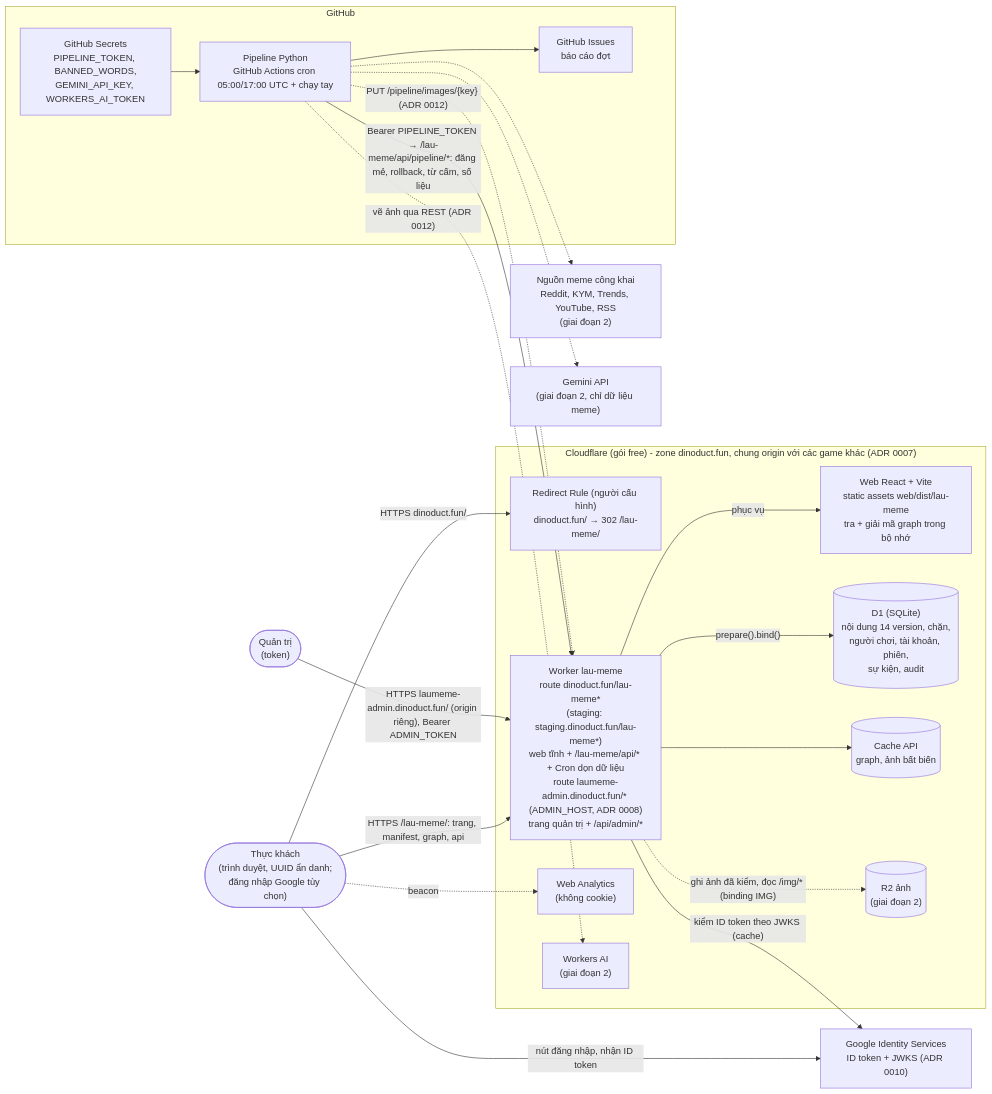
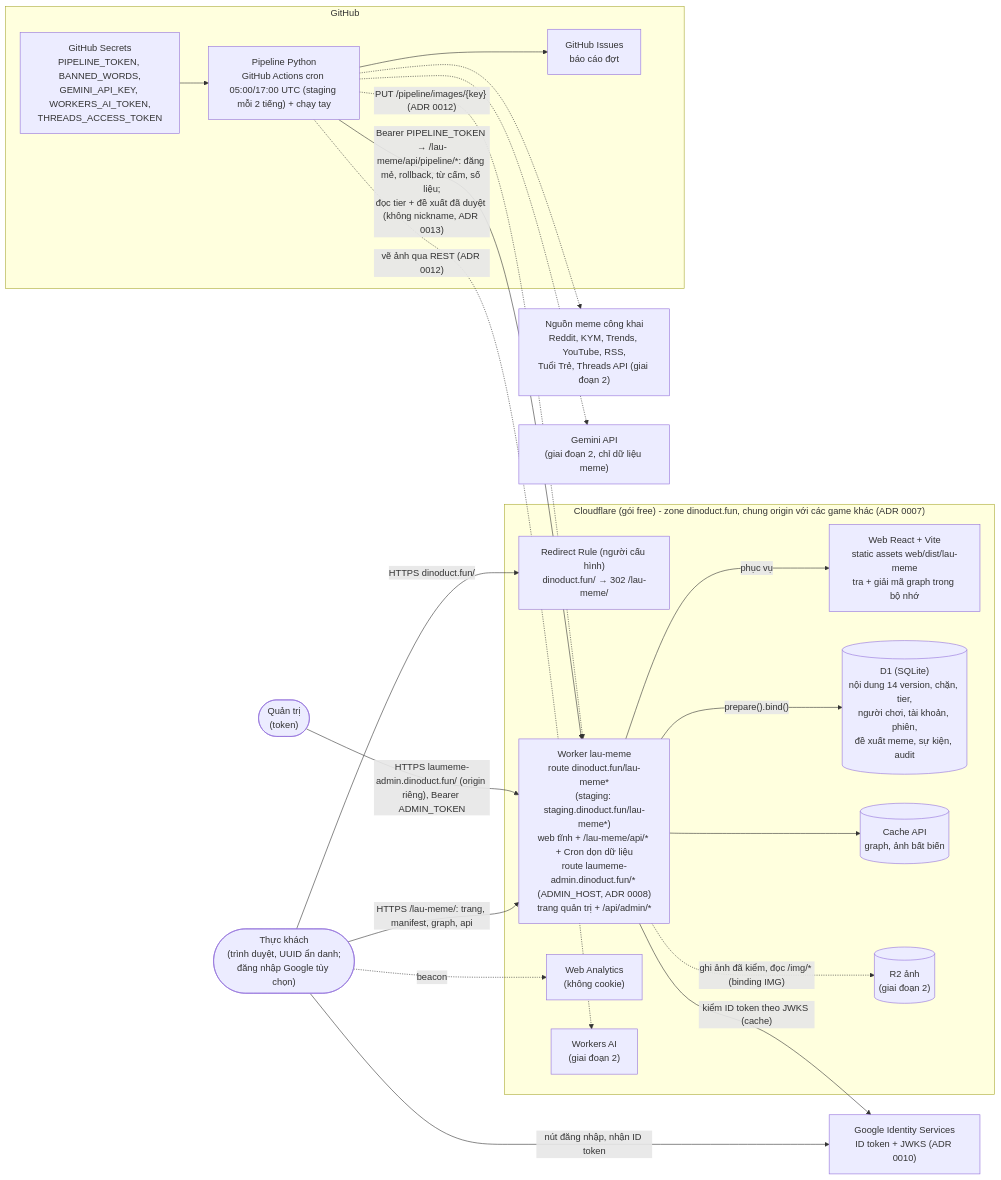
The diagram in docs/diagrams/system.mmd (thucnq/lau-meme), drawn with Mermaid before and after one commit. The commit also changed 5 other files, not shown here.

First line of the commit message:
design: CONTRIB và TIER (migration 0007: contribution, element_tier, admin_change, element.trend_peak, batch_content.creators_json); 9 endpoint mới, pipeline/state thêm catalog/tiers/contributions, manifest thêm schedule_hours_utc, thống kê crawl trong BatchStats; ADR 0013; câu hỏi mở 57

```diff
--- a/docs/diagrams/system.mmd
+++ b/docs/diagrams/system.mmd
@@ -1,43 +1,43 @@
 %% C4 container - Lẩu Meme (giai đoạn 1; nét đứt = giai đoạn 2)
 flowchart LR
   player(["Thực khách<br/>(trình duyệt, UUID ẩn danh;<br/>đăng nhập Google tùy chọn)"])
   admin(["Quản trị<br/>(token)"])
 
   subgraph cf["Cloudflare (gói free) - zone dinoduct.fun, chung origin với các game khác (ADR 0007)"]
     redirect["Redirect Rule (người cấu hình)<br/>dinoduct.fun/ → 302 /lau-meme/"]
     worker["Worker lau-meme<br/>route dinoduct.fun/lau-meme*<br/>(staging: staging.dinoduct.fun/lau-meme*)<br/>web tĩnh + /lau-meme/api/* + Cron dọn dữ liệu<br/>route laumeme-admin.dinoduct.fun/* (ADMIN_HOST, ADR 0008)<br/>trang quản trị + /api/admin/*"]
     web["Web React + Vite<br/>static assets web/dist/lau-meme<br/>tra + giải mã graph trong bộ nhớ"]
-    d1[("D1 (SQLite)<br/>nội dung 14 version, chặn,<br/>người chơi, tài khoản, phiên,<br/>sự kiện, audit")]
+    d1[("D1 (SQLite)<br/>nội dung 14 version, chặn, tier,<br/>người chơi, tài khoản, phiên,<br/>đề xuất meme, sự kiện, audit")]
     cache[("Cache API<br/>graph, ảnh bất biến")]
     wa["Web Analytics<br/>(không cookie)"]
     r2[("R2 ảnh<br/>(giai đoạn 2)")]
     wai["Workers AI<br/>(giai đoạn 2)"]
   end
 
   subgraph gh["GitHub"]
-    actions["Pipeline Python<br/>GitHub Actions cron 05:00/17:00 UTC + chạy tay"]
+    actions["Pipeline Python<br/>GitHub Actions cron 05:00/17:00 UTC (staging mỗi 2 tiếng) + chạy tay"]
     issues["GitHub Issues<br/>báo cáo đợt"]
-    secrets["GitHub Secrets<br/>PIPELINE_TOKEN, BANNED_WORDS,<br/>GEMINI_API_KEY, WORKERS_AI_TOKEN"]
+    secrets["GitHub Secrets<br/>PIPELINE_TOKEN, BANNED_WORDS,<br/>GEMINI_API_KEY, WORKERS_AI_TOKEN,<br/>THREADS_ACCESS_TOKEN"]
   end
 
   google["Google Identity Services<br/>ID token + JWKS (ADR 0010)"]
-  sources["Nguồn meme công khai<br/>Reddit, KYM, Trends, YouTube, RSS<br/>(giai đoạn 2)"]
+  sources["Nguồn meme công khai<br/>Reddit, KYM, Trends, YouTube, RSS,<br/>Tuổi Trẻ, Threads API (giai đoạn 2)"]
   gemini["Gemini API<br/>(giai đoạn 2, chỉ dữ liệu meme)"]
 
   player -- "HTTPS dinoduct.fun/" --> redirect
   player -- "HTTPS /lau-meme/: trang, manifest, graph, api" --> worker
   admin -- "HTTPS laumeme-admin.dinoduct.fun/ (origin riêng), Bearer ADMIN_TOKEN" --> worker
   worker -- "phục vụ" --> web
   worker -- "prepare().bind()" --> d1
   worker --> cache
   player -. beacon .-> wa
   player -- "nút đăng nhập, nhận ID token" --> google
   worker -- "kiểm ID token theo JWKS (cache)" --> google
-  actions -- "Bearer PIPELINE_TOKEN → /lau-meme/api/pipeline/*: đăng mẻ, rollback, từ cấm, số liệu" --> worker
+  actions -- "Bearer PIPELINE_TOKEN → /lau-meme/api/pipeline/*: đăng mẻ, rollback, từ cấm, số liệu;<br/>đọc tier + đề xuất đã duyệt (không nickname, ADR 0013)" --> worker
   actions --> issues
   secrets --> actions
   actions -.-> sources
   actions -.-> gemini
   actions -. "vẽ ảnh qua REST (ADR 0012)" .-> wai
   actions -. "PUT /pipeline/images/{key} (ADR 0012)" .-> worker
   worker -. "ghi ảnh đã kiểm, đọc /img/* (binding IMG)" .-> r2
```
